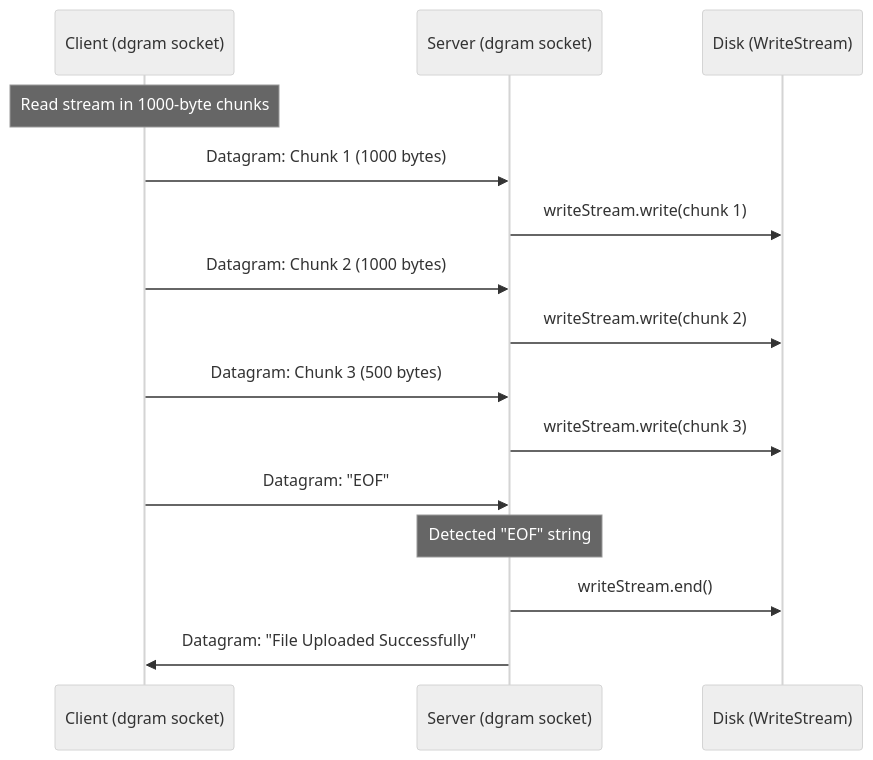
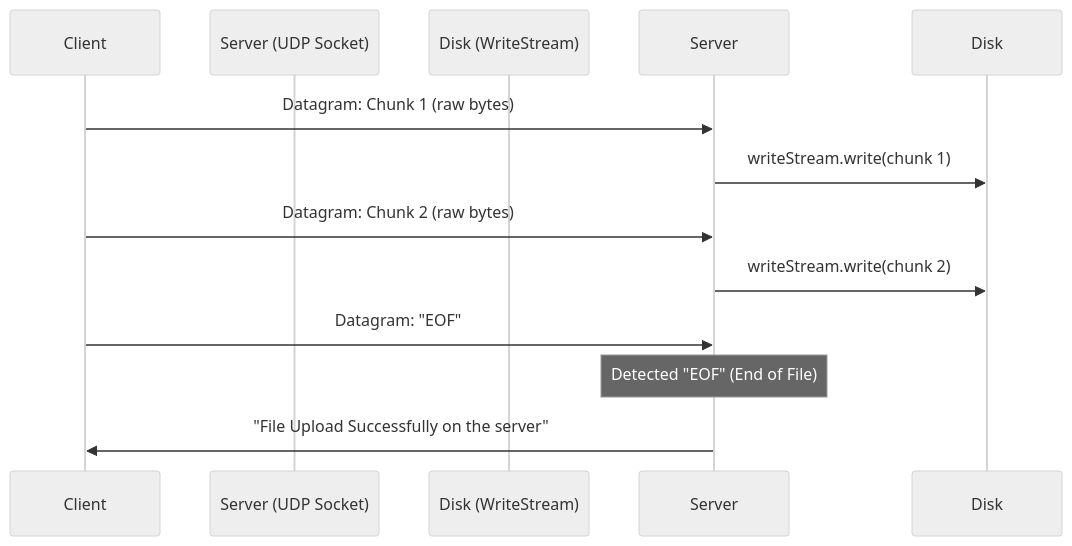
Before and after one commit to formulatorOm/NodeJs-Learning: the diagram in Netwoking /README.md, drawn with Mermaid (neutral theme). The commit also changed other lines of this file and 4 other files, not shown here.

````diff
--- a/Netwoking /README.md
+++ b/Netwoking /README.md
@@ -292,18 +146,14 @@
 ```mermaid
 sequenceDiagram
-    participant C as Client (dgram socket)
-    participant S as Server (dgram socket)
-    participant F as Disk (WriteStream)
+    participant Client
+    participant Server (UDP Socket)
+    participant Disk (WriteStream)
 
-    Note over C: Read stream in 1000-byte chunks
-    C->>S: Datagram: Chunk 1 (1000 bytes)
-    S->>F: writeStream.write(chunk 1)
-    C->>S: Datagram: Chunk 2 (1000 bytes)
-    S->>F: writeStream.write(chunk 2)
-    C->>S: Datagram: Chunk 3 (500 bytes)
-    S->>F: writeStream.write(chunk 3)
-    C->>S: Datagram: "EOF"
-    Note over S: Detected "EOF" string
-    S->>F: writeStream.end()
-    S->>C: Datagram: "File Uploaded Successfully"
+    Client->>Server: Datagram: Chunk 1 (raw bytes)
+    Server->>Disk: writeStream.write(chunk 1)
+    Client->>Server: Datagram: Chunk 2 (raw bytes)
+    Server->>Disk: writeStream.write(chunk 2)
+    Client->>Server: Datagram: "EOF"
+    Note over Server: Detected "EOF" (End of File)
+    Server->>Client: "File Upload Successfully on the server"
 ```
````
